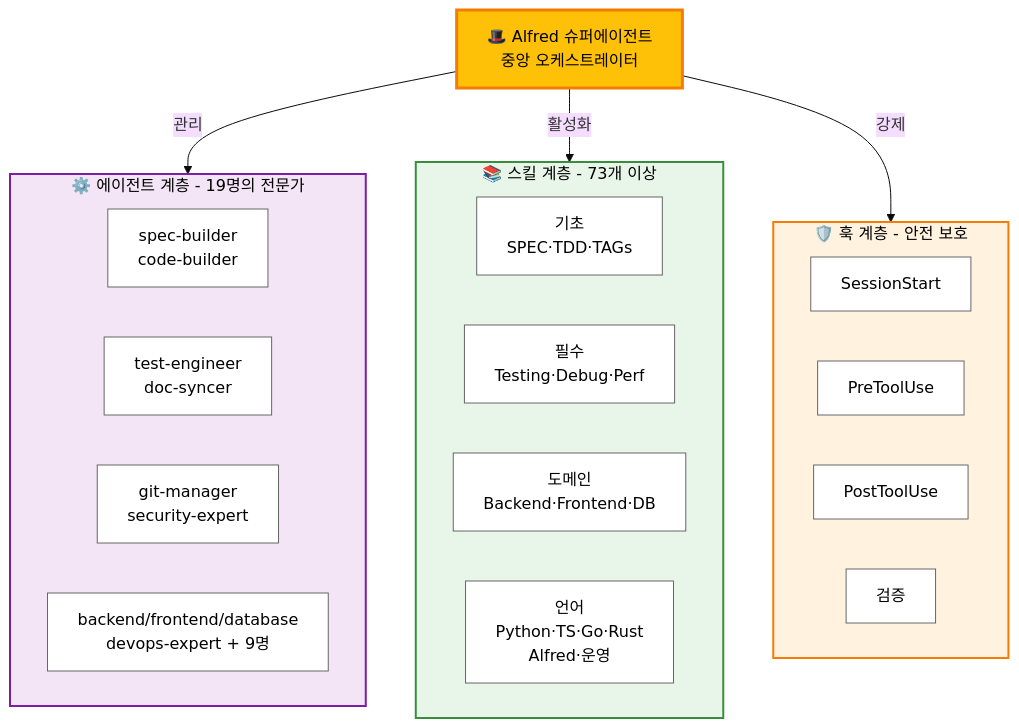
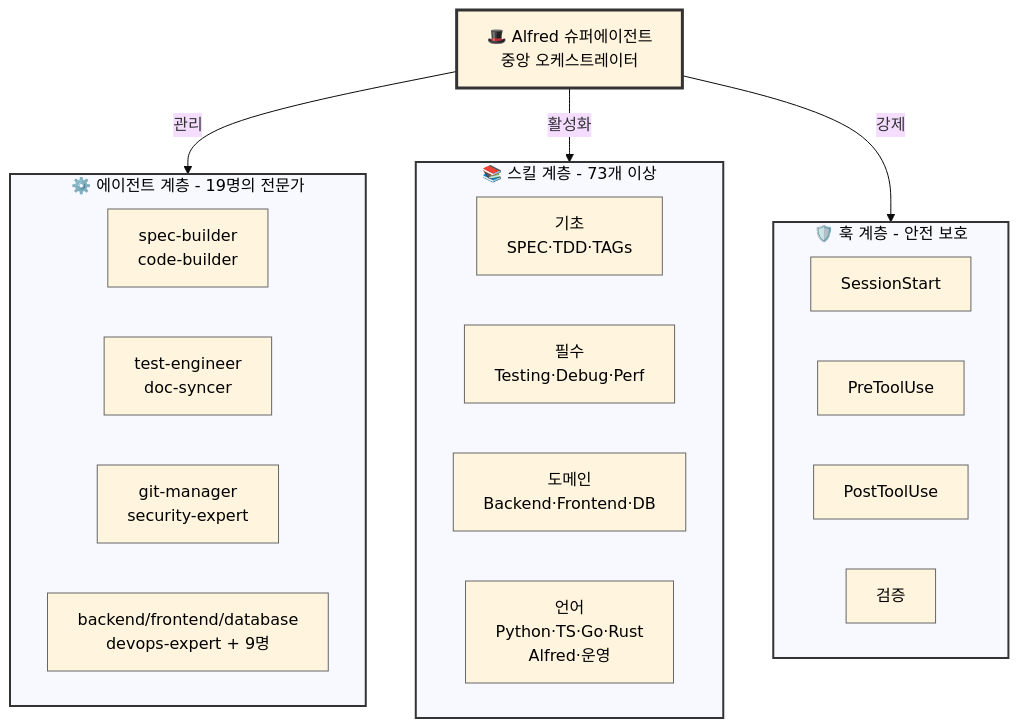
The second of 2 diagrams in README.ko.md (modu-ai/moai-adk), drawn with Mermaid (base theme) before and after one commit. The commit also changed other lines of this file and 1 other file, not shown here.

Commit message:
docs: Convert mermaid diagrams to grayscale monochrome styling
Convert all mermaid diagrams from colored fills to grayscale stroke-based styling for professional appearance and better printing compatibility.

**Changes**:
1. Workflow Visualization
   - Removed all background fill colors (e5e5e5, d3d3d3, c0c0c0, a9a9a9)
   - Unified to single nodeStyle with stroke only
   - Maintains stroke differentiation by width

2. System Architecture Diagram
   - Removed colored fills from all nodes
   - Simplified to grayscale: alfredNode (3px), layerNode (2px), componentNode (1px)
   - Stroke-only styling for clean, professional appearance

**Files Modified**:
- README.md: English workflow and system architecture diagrams
- README.ko.md: Korean workflow and system architecture diagrams

Benefits:
✅ Professional monochrome appearance
✅ Better printing compatibility
✅ Reduced visual complexity
✅ Focus on structure and flow

🤖 Generated with Claude Code

````diff
--- a/README.ko.md
+++ b/README.ko.md
@@ -427,41 +421,37 @@
 ```mermaid
 graph TD
     Alfred["🎩 Alfred 슈퍼에이전트<br/>중앙 오케스트레이터"]
 
     subgraph Agents["⚙️ 에이전트 계층 - 19명의 전문가"]
         A1["spec-builder<br/>code-builder"]
         A2["test-engineer<br/>doc-syncer"]
         A3["git-manager<br/>security-expert"]
         A4["backend/frontend/database<br/>devops-expert + 9명"]
     end
 
     subgraph Skills["📚 스킬 계층 - 73개 이상"]
         S1["기초<br/>SPEC·TDD·TAGs"]
         S2["필수<br/>Testing·Debug·Perf"]
         S3["도메인<br/>Backend·Frontend·DB"]
         S4["언어<br/>Python·TS·Go·Rust<br/>Alfred·운영"]
     end
 
     subgraph Hooks["🛡️ 훅 계층 - 안전 보호"]
         H1["SessionStart"]
         H2["PreToolUse"]
         H3["PostToolUse"]
         H4["검증"]
     end
 
     Alfred -->|관리| Agents
     Alfred -->|활성화| Skills
     Alfred -->|강제| Hooks
 
-    classDef alfredStyle fill:#ffc107,stroke:#f57c00,stroke-width:3px,color:#000
-    classDef agentGroup fill:#f3e5f5,stroke:#7b1fa2,stroke-width:2px,color:#000
-    classDef skillGroup fill:#e8f5e9,stroke:#388e3c,stroke-width:2px,color:#000
-    classDef hookGroup fill:#fff3e0,stroke:#f57c00,stroke-width:2px,color:#000
-    classDef nodeStyle fill:#fff,stroke:#666,stroke-width:1px,color:#000
+    classDef alfredNode stroke:#333,stroke-width:3px,color:#000
+    classDef layerNode stroke:#333,stroke-width:2px,color:#000
+    classDef componentNode stroke:#666,stroke-width:1px,color:#000
 
-    class Alfred alfredStyle
-    class Agents agentGroup
-    class Skills skillGroup
-    class Hooks hookGroup
-    class A1,A2,A3,A4,S1,S2,S3,S4,H1,H2,H3,H4 nodeStyle
+    class Alfred alfredNode
+    class Agents,Skills,Hooks layerNode
+    class A1,A2,A3,A4,S1,S2,S3,S4,H1,H2,H3,H4 componentNode
 ```
````
